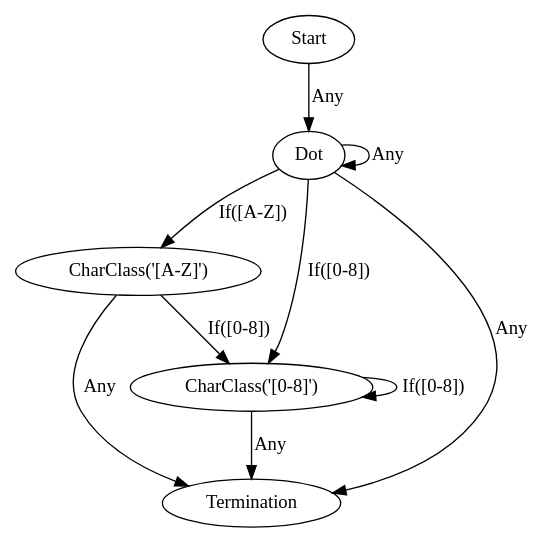
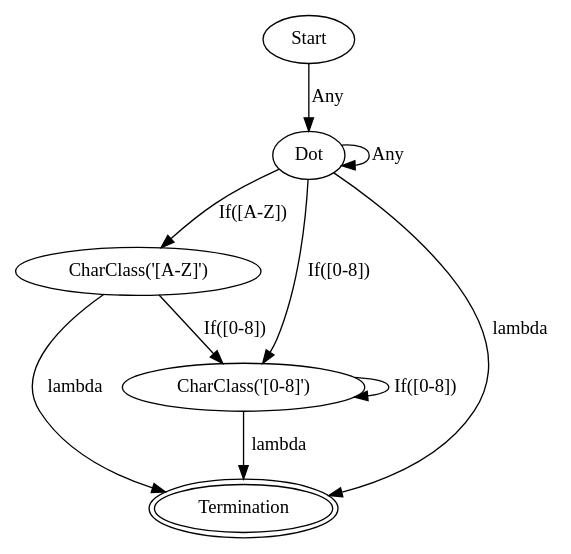
The diagram in examples/pattern8.dot (kerfmanner/Regex_FSM), drawn with Graphviz before and after one commit. The commit also changed 12 other files, not shown here.

```diff
--- a/examples/pattern8.dot
+++ b/examples/pattern8.dot
@@ -1,16 +1,16 @@
 digraph FSM {
 node0 [label="Start"];
 node0 -> node1 [label="Any"];
 node1 [label="Dot"];
 node1 -> node1 [label="Any"];
 node1 -> node2 [label="If([A-Z])"];
 node1 -> node3 [label="If([0-8])"];
-node1 -> node4 [label="Any"];
+node1 -> node4 [label="lambda"];
 node2 [label="CharClass('[A-Z]')"];
 node2 -> node3 [label="If([0-8])"];
-node2 -> node4 [label="Any"];
+node2 -> node4 [label="lambda"];
 node3 [label="CharClass('[0-8]')"];
 node3 -> node3 [label="If([0-8])"];
-node3 -> node4 [label="Any"];
-node4 [label="Termination"];
+node3 -> node4 [label="lambda"];
+node4 [label="Termination", peripheries=2];
 }
```
